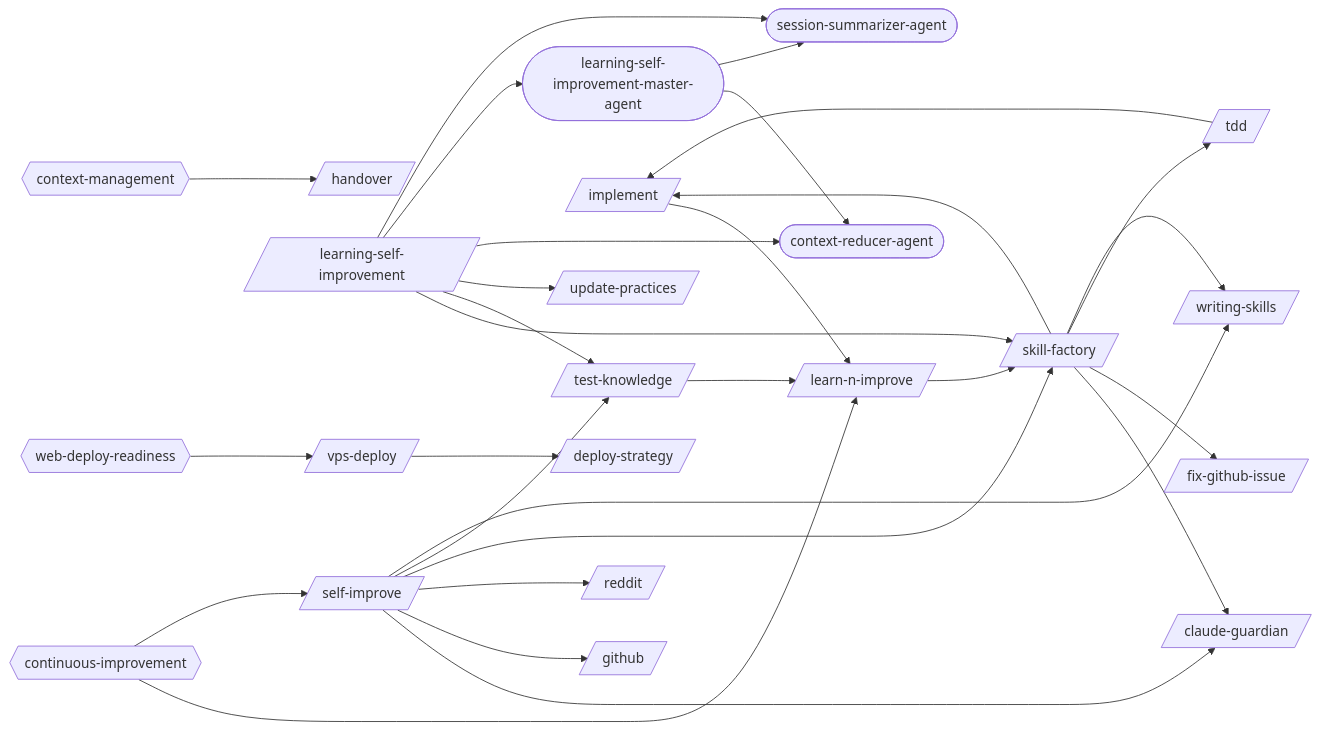
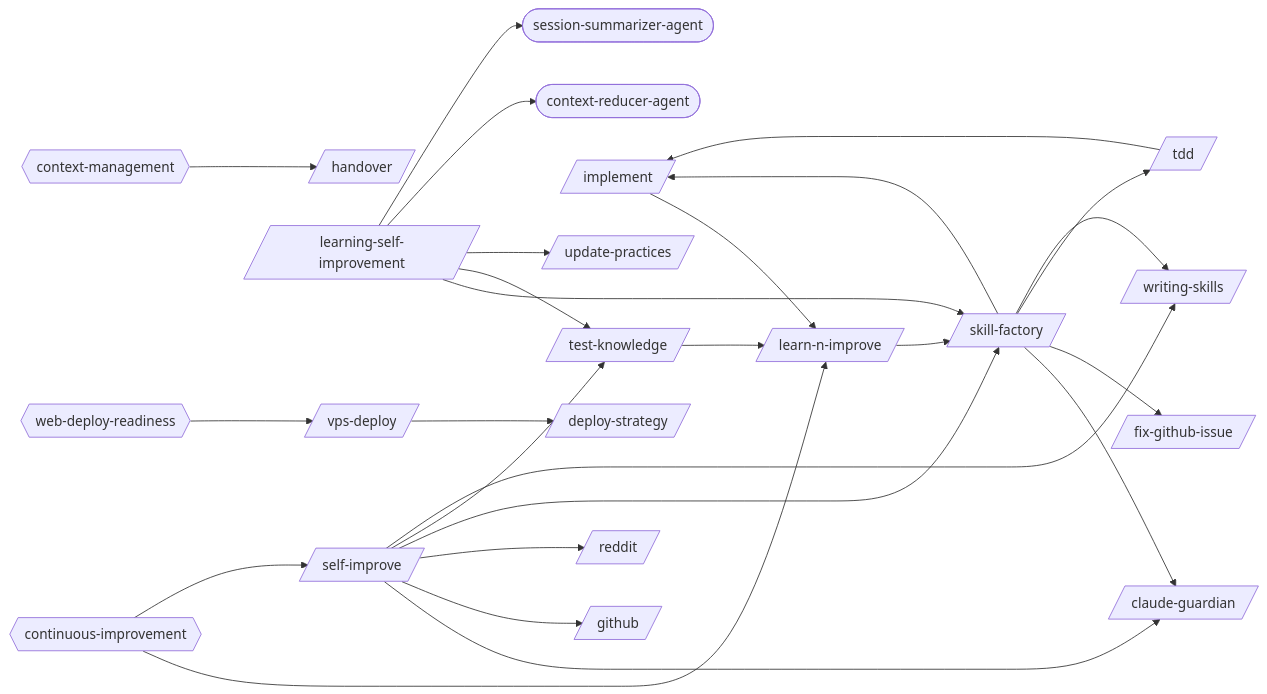
Before and after one commit to abhayla/claude-best-practices: the first of 22 diagrams in docs/workflows/learning-self-improvement.md, drawn with Mermaid. The commit also changed other lines of this file and 29 other files, not shown here.

````diff
--- a/docs/workflows/learning-self-improvement.md
+++ b/docs/workflows/learning-self-improvement.md
@@ -9,53 +9,49 @@
 ```mermaid
 graph LR
     claude_guardian[/claude-guardian/]
     deploy_strategy[/deploy-strategy/]
     fix_github_issue[/fix-github-issue/]
     github[/github/]
     handover[/handover/]
     implement[/implement/]
     learn_n_improve[/learn-n-improve/]
     learning_self_improvement[/learning-self-improvement/]
     reddit[/reddit/]
     self_improve[/self-improve/]
     skill_factory[/skill-factory/]
     tdd[/tdd/]
     test_knowledge[/test-knowledge/]
     update_practices[/update-practices/]
     vps_deploy[/vps-deploy/]
     writing_skills[/writing-skills/]
     context_reducer_agent([context-reducer-agent])
-    learning_self_improvement_master_agent([learning-self-improvement-master-agent])
     session_summarizer_agent([session-summarizer-agent])
     context_management{{context-management}}
     continuous_improvement{{continuous-improvement}}
     web_deploy_readiness{{web-deploy-readiness}}
     implement --> learn_n_improve
     learn_n_improve --> skill_factory
     learning_self_improvement --> skill_factory
     learning_self_improvement --> test_knowledge
     learning_self_improvement --> update_practices
     learning_self_improvement --> context_reducer_agent
-    learning_self_improvement --> learning_self_improvement_master_agent
     learning_self_improvement --> session_summarizer_agent
     skill_factory --> claude_guardian
     skill_factory --> fix_github_issue
     skill_factory --> implement
     skill_factory --> tdd
     skill_factory --> writing_skills
     tdd --> implement
     test_knowledge --> learn_n_improve
     vps_deploy --> deploy_strategy
     self_improve --> claude_guardian
     self_improve --> github
     self_improve --> reddit
     self_improve --> skill_factory
     self_improve --> test_knowledge
     self_improve --> writing_skills
-    learning_self_improvement_master_agent --> context_reducer_agent
-    learning_self_improvement_master_agent --> session_summarizer_agent
     context_management --> handover
     continuous_improvement --> learn_n_improve
     continuous_improvement --> self_improve
     web_deploy_readiness --> vps_deploy
 ```
````
